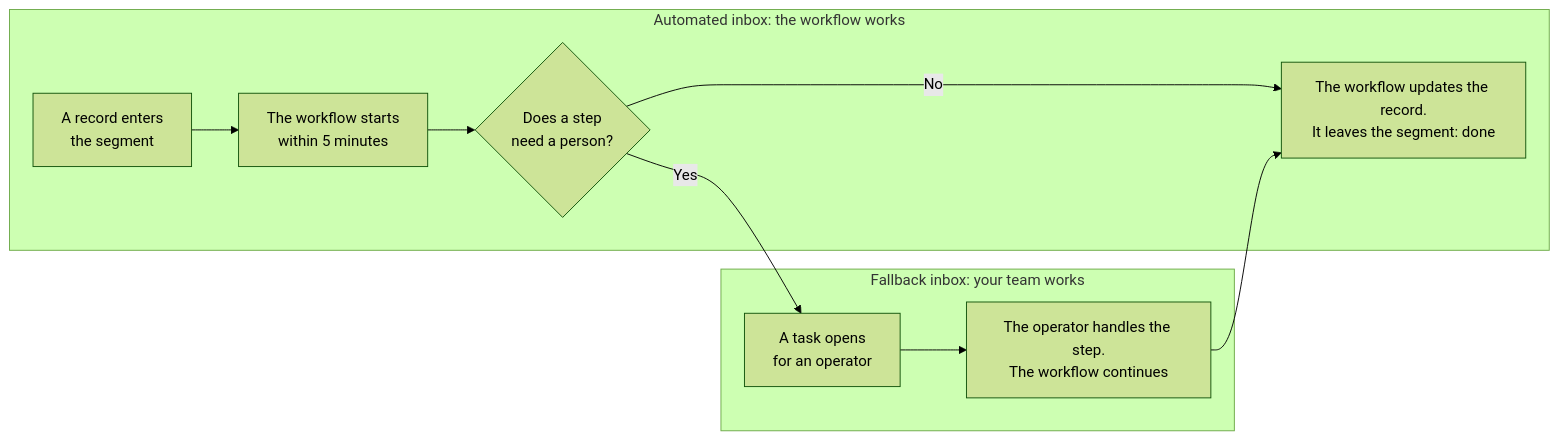
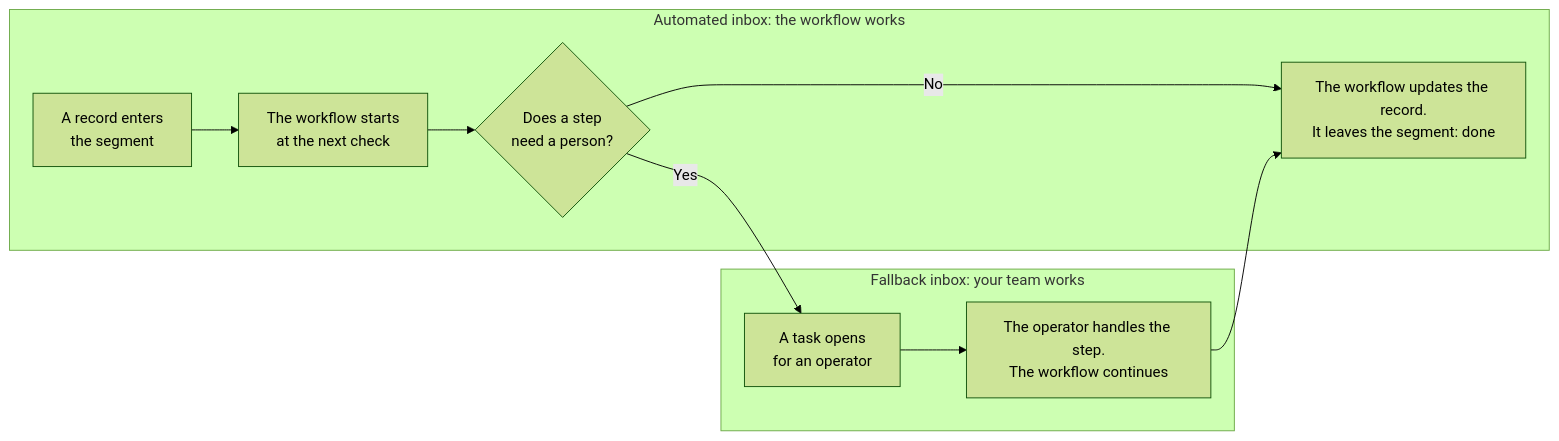
The diagram in product/manage/automated-inboxes.mdx (ForestAdmin/docs), drawn with Mermaid (forest theme) before and after one commit. The commit also changed other lines of this file, not shown here.

Commit message:
docs(inbox): the check interval depends on the Forest Runtime configuration

````diff
--- a/product/manage/automated-inboxes.mdx
+++ b/product/manage/automated-inboxes.mdx
@@ -25,13 +25,13 @@
 ```mermaid
 flowchart LR
   subgraph Auto["Automated inbox: the workflow works"]
-    A["A record enters<br/>the segment"] --> B["The workflow starts<br/>within 5 minutes"]
+    A["A record enters<br/>the segment"] --> B["The workflow starts<br/>at the next check"]
     B --> C{"Does a step<br/>need a person?"}
     C -- "No" --> D["The workflow updates the record.<br/>It leaves the segment: done"]
   end
   subgraph Fallback["Fallback inbox: your team works"]
     E["A task opens<br/>for an operator"] --> F["The operator handles the step.<br/>The workflow continues"]
   end
   C -- "Yes" --> E
   F --> D
 ```
````
